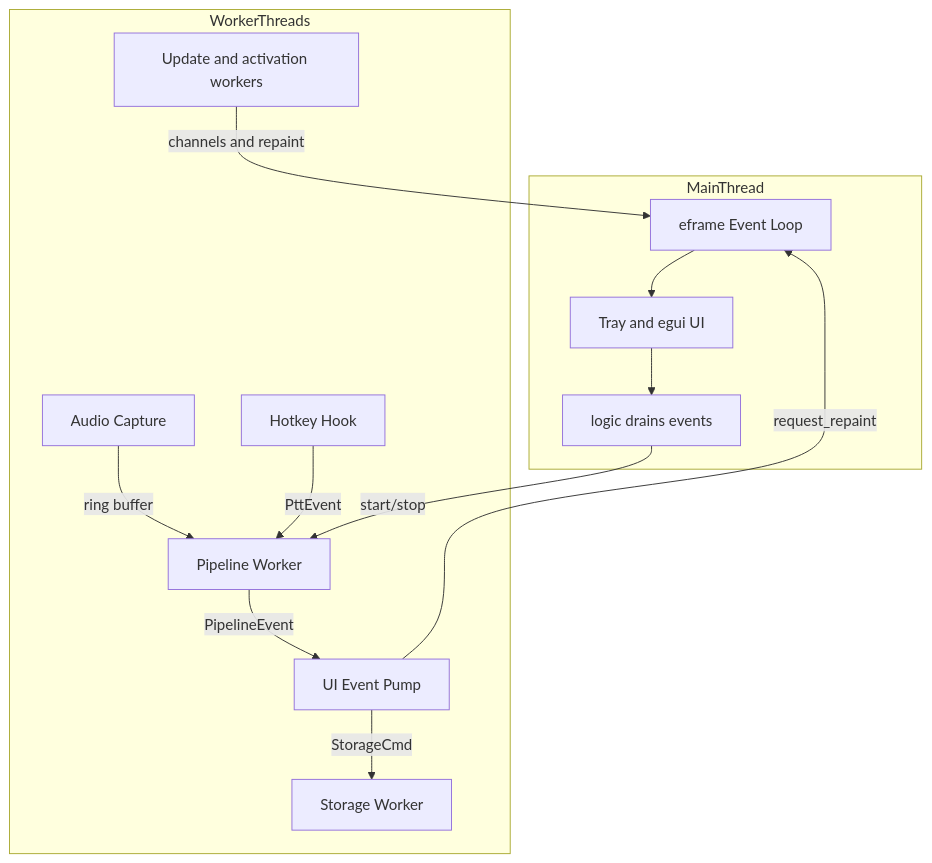
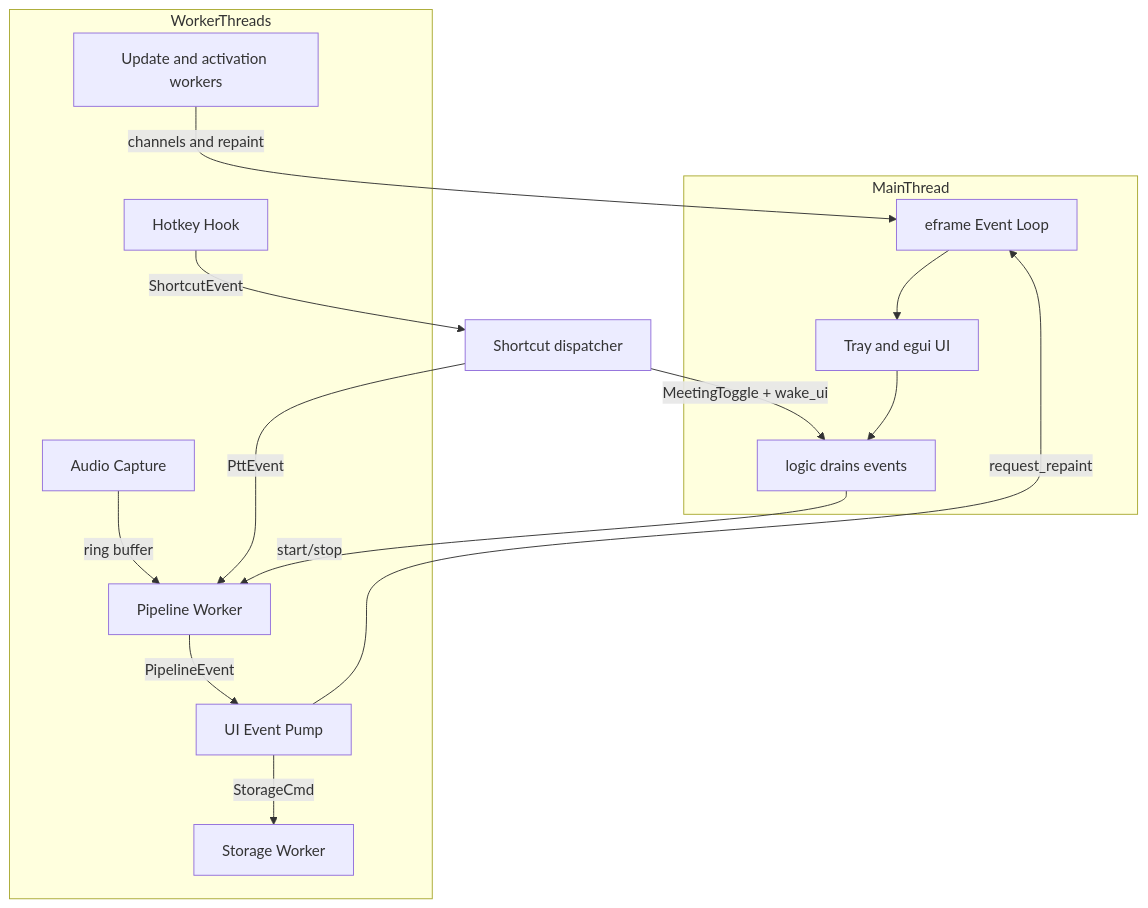
Before and after one commit to BoardPandas/Hark: the first of 3 diagrams in Docs/core/ARCHITECTURE.md, drawn with Mermaid. The commit also changed other lines of this file and 35 other files, not shown here.

First line of the commit message:
feat(meetings): add an optional meeting toggle shortcut (0.53.0)

````diff
--- a/Docs/core/ARCHITECTURE.md
+++ b/Docs/core/ARCHITECTURE.md
@@ -39,22 +41,24 @@
 ```mermaid
 graph TD
     subgraph MainThread
         A["eframe Event Loop"] --> B["Tray and egui UI"]
         B --> C["logic drains events"]
     end
     subgraph WorkerThreads
         D["Audio Capture"]
         E["Hotkey Hook"]
         F["Pipeline Worker"]
         G["UI Event Pump"]
         H["Storage Worker"]
         I["Update and activation workers"]
     end
     C -->|"start/stop"| F
     D -->|"ring buffer"| F
-    E -->|"PttEvent"| F
+    E -->|"ShortcutEvent"| J["Shortcut dispatcher"]
+    J -->|"PttEvent"| F
+    J -->|"MeetingToggle + wake_ui"| C
     F -->|"PipelineEvent"| G
     G -->|"request_repaint"| A
     G -->|"StorageCmd"| H
     I -->|"channels and repaint"| A
 ```
````
